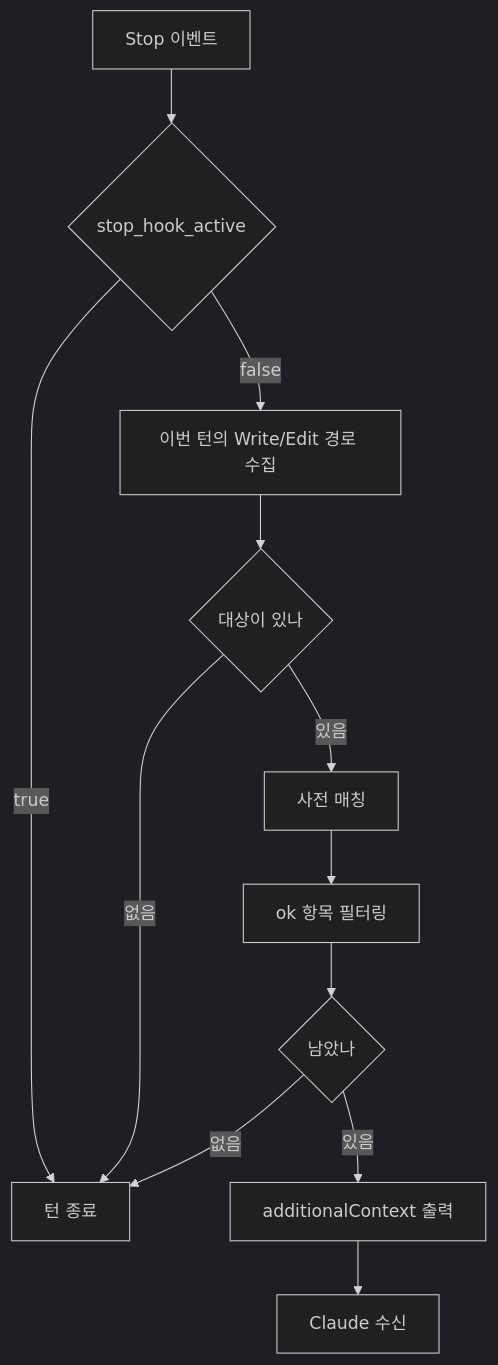
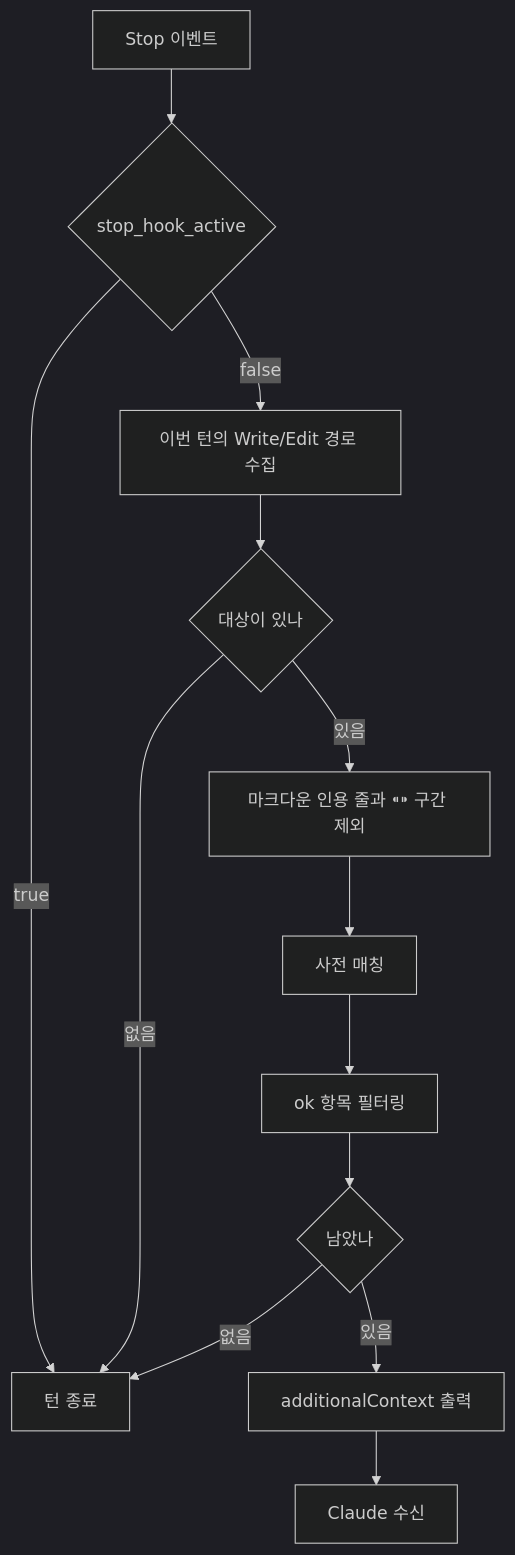
Before and after one commit to nil-park/claude-workflow-kit: the diagram in docs/architecture/anti-claudeism.md, drawn with Mermaid (dark theme). The commit also changed other lines of this file and 4 other files, not shown here.

````diff
--- a/docs/architecture/anti-claudeism.md
+++ b/docs/architecture/anti-claudeism.md
@@ -14,14 +14,15 @@
 ```mermaid
 flowchart TD
   stop["Stop 이벤트"] --> active{"stop_hook_active"}
   active -->|true| pass["턴 종료"]
   active -->|false| collect["이번 턴의 Write/Edit 경로 수집"]
   collect --> empty{"대상이 있나"}
   empty -->|없음| pass
-  empty -->|있음| scan["사전 매칭"]
+  empty -->|있음| mask["마크다운 인용 줄과 ⁌⁍ 구간 제외"]
+  mask --> scan["사전 매칭"]
   scan --> filter["ok 항목 필터링"]
   filter --> match{"남았나"}
   match -->|없음| pass
   match -->|있음| report["additionalContext 출력"]
   report --> again["Claude 수신"]
 ```
````
